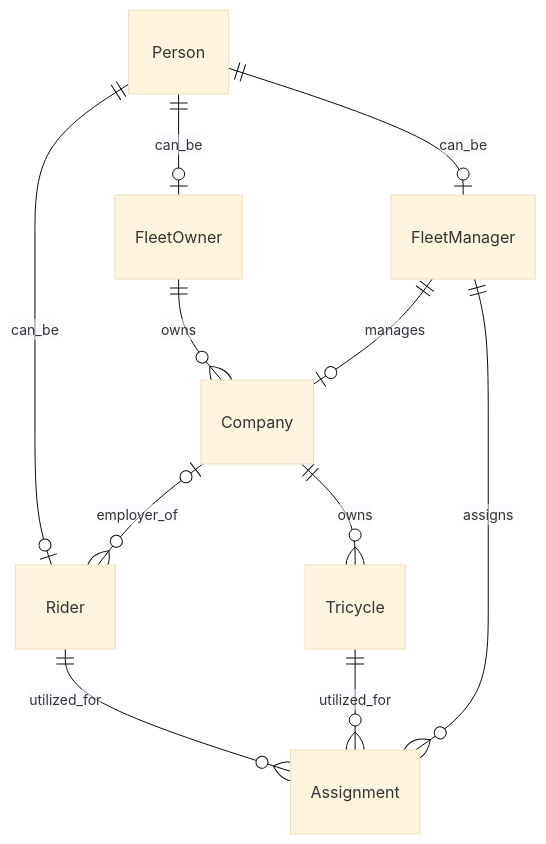
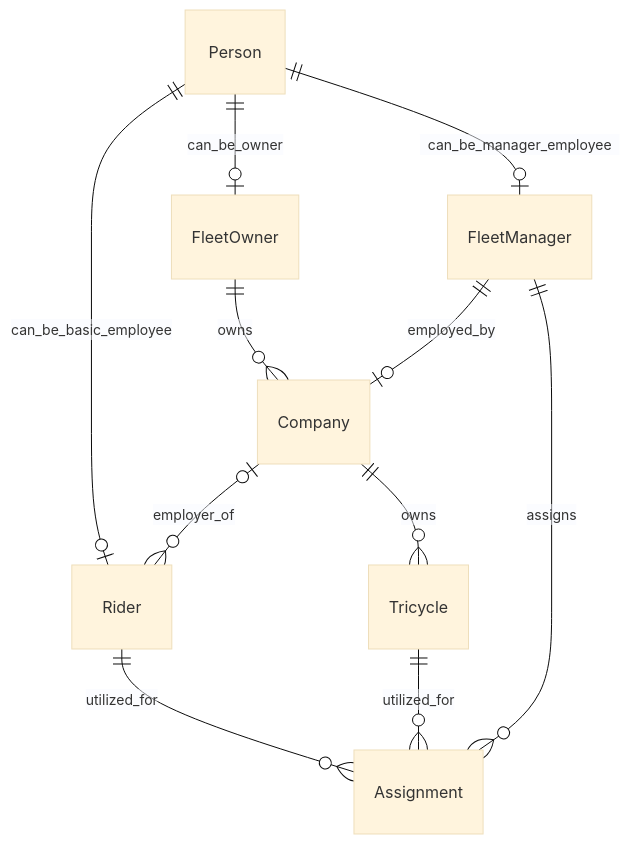
Before and after one commit to ize-302/fleet-management-ontology: the diagram in README.md, drawn with Mermaid (base theme). The commit also changed other lines of this file, not shown here.

````diff
--- a/README.md
+++ b/README.md
@@ -189,13 +193,13 @@
 ```mermaid
 erDiagram
-    Person       ||--o| Rider       : can_be
-    Person       ||--o| FleetOwner  : can_be
-    Person       ||--o| FleetManager: can_be
+    Person       ||--o| Rider       : can_be_basic_employee
+    Person       ||--o| FleetOwner  : can_be_owner
+    Person       ||--o| FleetManager: can_be_manager_employee
     FleetOwner   ||--o{ Company     : owns
-    FleetManager ||--o| Company     : manages
+    FleetManager ||--o| Company     : employed_by
     Company      ||--o{ Tricycle    : owns
     Company      |o--o{ Rider       : employer_of
     Rider        ||--o{ Assignment  : utilized_for
     Tricycle     ||--o{ Assignment  : utilized_for
     FleetManager ||--o{ Assignment  : assigns
 ```
````
